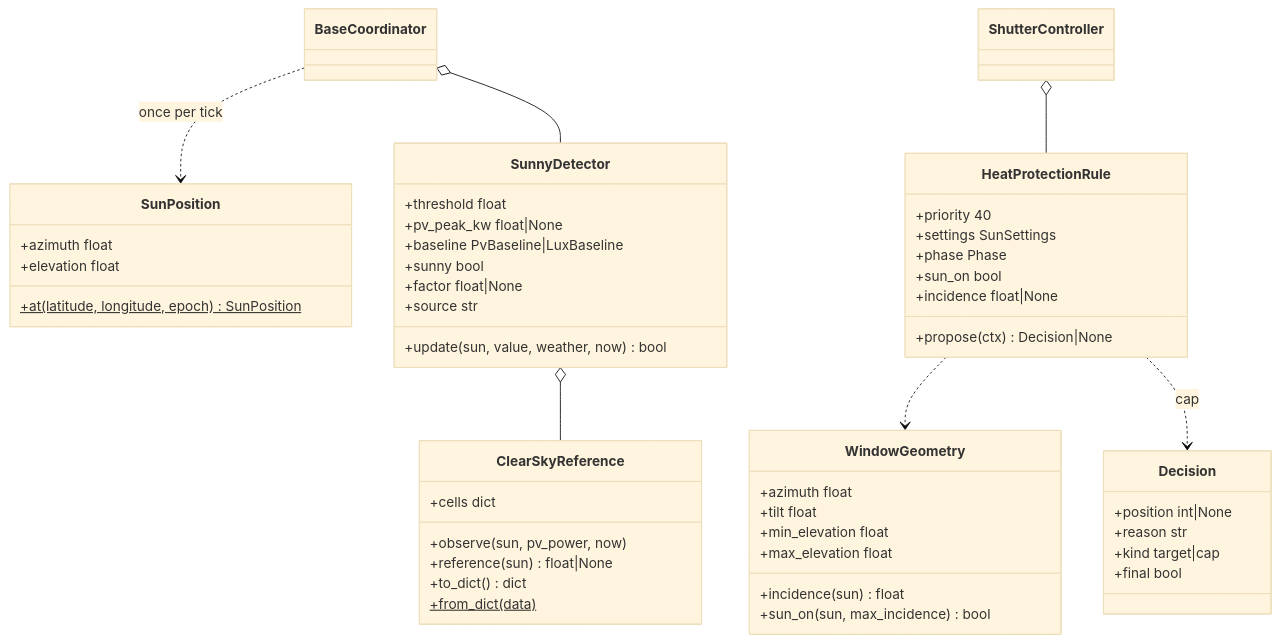
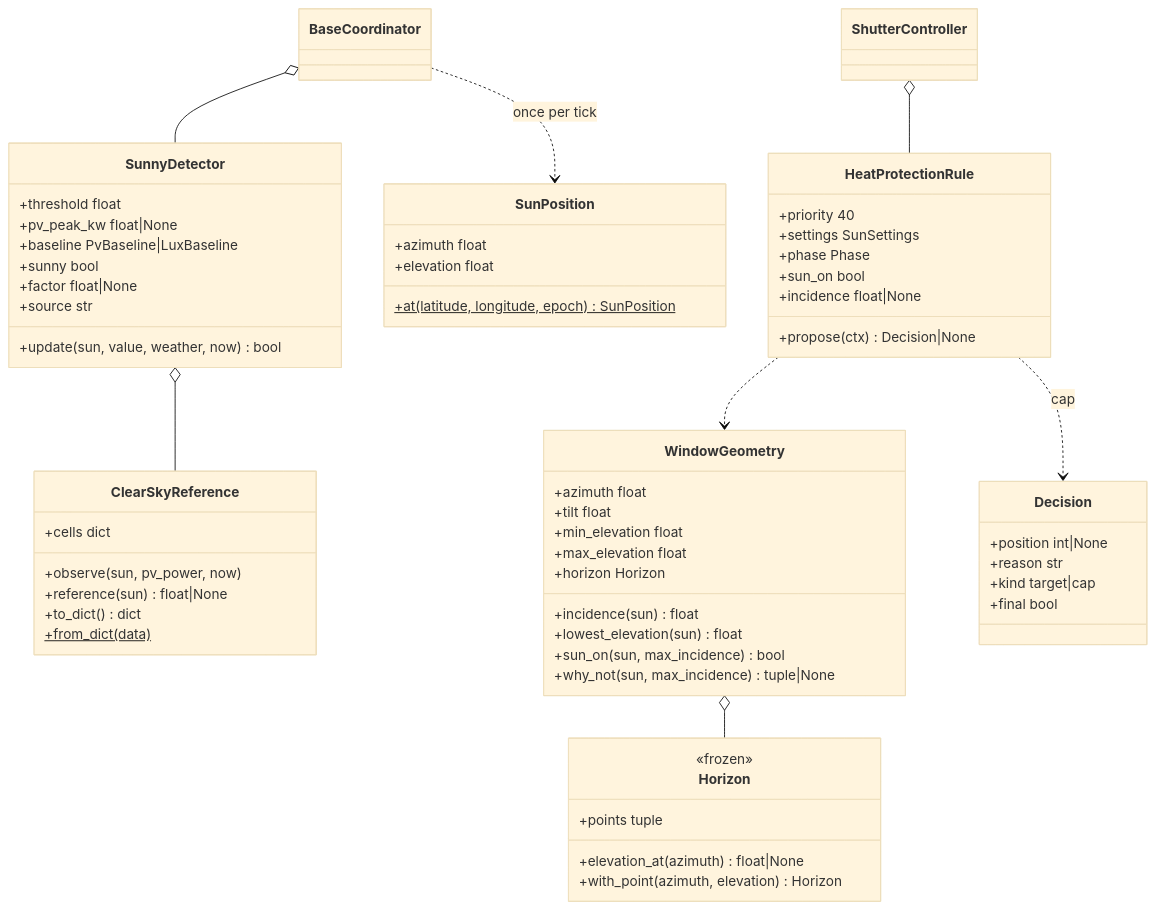
Before and after one commit to abroeders/smart-shutter-control: diagram 11 of 30 in docs/architecture.md, drawn with Mermaid (base theme). The commit also changed other lines of this file and 46 other files, not shown here.

````diff
--- a/docs/architecture.md
+++ b/docs/architecture.md
@@ -387,53 +402,63 @@
 ```mermaid
 classDiagram
     direction TB
     class SunPosition {
         +azimuth float
         +elevation float
         +at(latitude, longitude, epoch)$ SunPosition
     }
     class WindowGeometry {
         +azimuth float
         +tilt float
         +min_elevation float
         +max_elevation float
+        +horizon Horizon
         +incidence(sun) float
+        +lowest_elevation(sun) float
         +sun_on(sun, max_incidence) bool
+        +why_not(sun, max_incidence) tuple|None
     }
+    class Horizon {
+        <<frozen>>
+        +points tuple
+        +elevation_at(azimuth) float|None
+        +with_point(azimuth, elevation) Horizon
+    }
+    WindowGeometry o-- Horizon
     class ClearSkyReference {
         +cells dict
         +observe(sun, pv_power, now)
         +reference(sun) float|None
         +to_dict() dict
         +from_dict(data)$
     }
     class SunnyDetector {
         +threshold float
         +pv_peak_kw float|None
         +baseline PvBaseline|LuxBaseline
         +sunny bool
         +factor float|None
         +source str
         +update(sun, value, weather, now) bool
     }
     class HeatProtectionRule {
         +priority 40
         +settings SunSettings
         +phase Phase
         +sun_on bool
         +incidence float|None
         +propose(ctx) Decision|None
     }
     class Decision {
         +position int|None
         +reason str
         +kind target|cap
         +final bool
     }
     SunnyDetector o-- ClearSkyReference
     HeatProtectionRule ..> WindowGeometry
     HeatProtectionRule ..> Decision : cap
     BaseCoordinator o-- SunnyDetector
     BaseCoordinator ..> SunPosition : once per tick
     ShutterController o-- HeatProtectionRule
 ```
````
